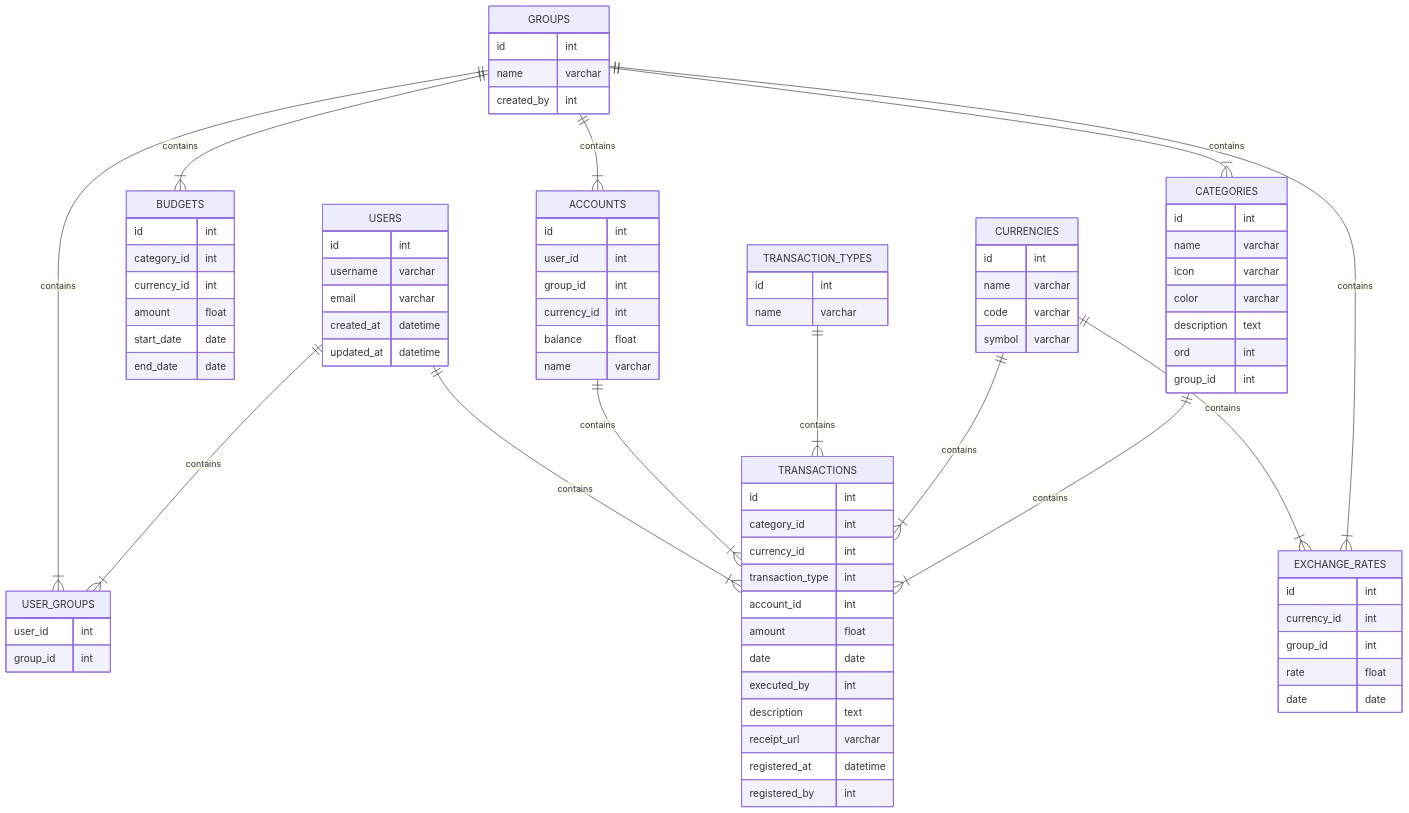
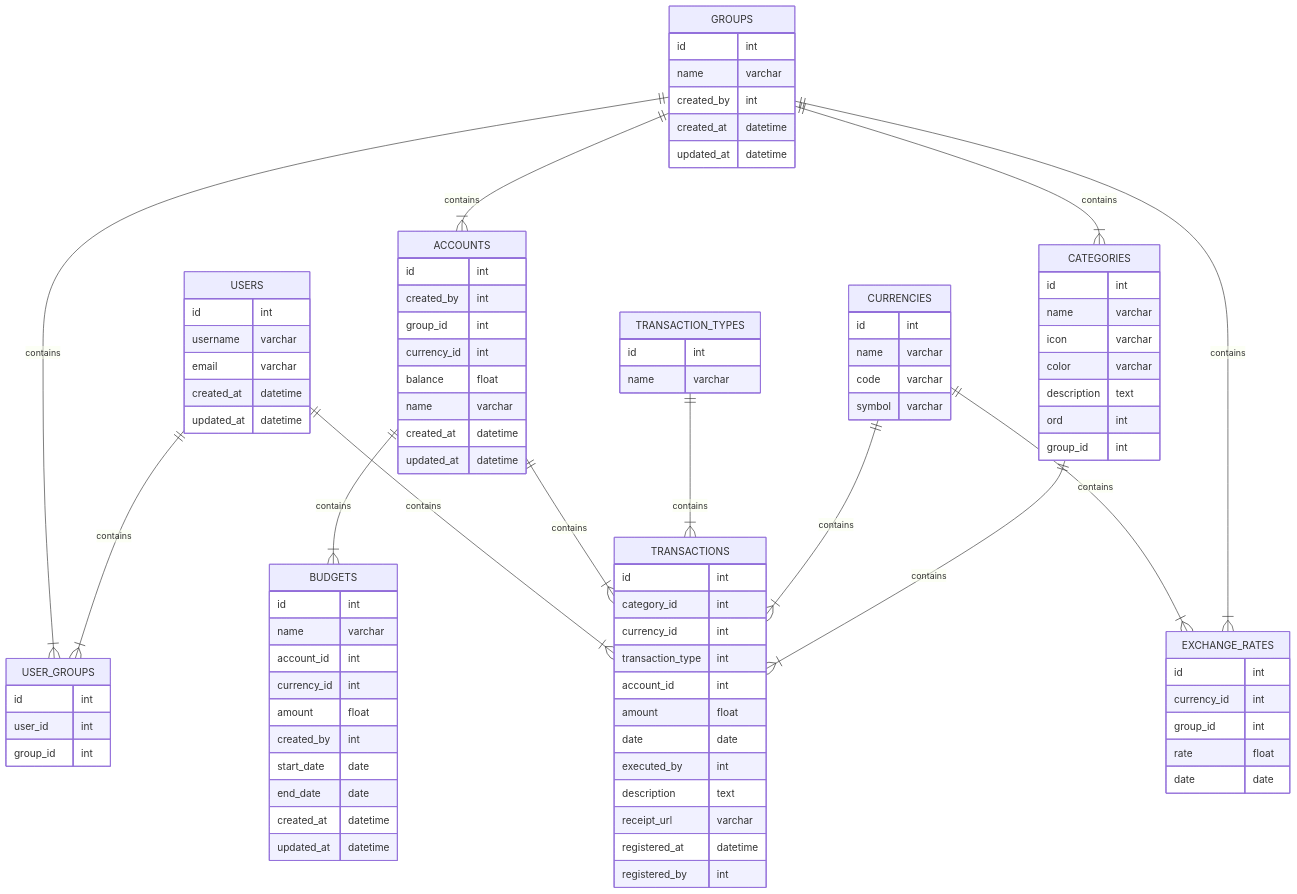
The diagram in backend/persistence/schema/README.md (prulloac/fineasy), drawn with Mermaid before and after one commit. The commit also changed 31 other files, not shown here.

```diff
--- a/backend/persistence/schema/README.md
+++ b/backend/persistence/schema/README.md
@@ -15,20 +15,38 @@
         id int
         name varchar
         created_by int
+        created_at datetime
+        updated_at datetime
+    }
+
+    USER_GROUPS {
+        id int
+        user_id int
+        group_id int
+    }
+
+    ACCOUNTS {
+        id int
+        created_by int
+        group_id int
+        currency_id int
+        balance float
+        name varchar
+        created_at datetime
+        updated_at datetime
     }
 
     BUDGETS {
         id int
-        category_id int
+        name varchar
+        account_id int
         currency_id int
         amount float
+        created_by int
         start_date date
         end_date date
-    }
-
-    USER_GROUPS {
-        user_id int
-        group_id int
+        created_at datetime
+        updated_at datetime
     }
 
     CATEGORIES {
@@ -76,21 +94,12 @@
         name varchar
     }
 
-    ACCOUNTS {
-        id int
-        user_id int
-        group_id int
-        currency_id int
-        balance float
-        name varchar
-    }
-
     USERS ||--|{ USER_GROUPS : contains
     GROUPS ||--|{ USER_GROUPS : contains
     GROUPS ||--|{ ACCOUNTS : contains
     GROUPS ||--|{ EXCHANGE_RATES : contains    
     GROUPS ||--|{ CATEGORIES : contains
-    GROUPS ||--|{ BUDGETS : contains
+    ACCOUNTS ||--|{ BUDGETS : contains
     CATEGORIES ||--|{ TRANSACTIONS : contains
     CURRENCIES ||--|{ TRANSACTIONS : contains
     CURRENCIES ||--|{ EXCHANGE_RATES : contains
```
